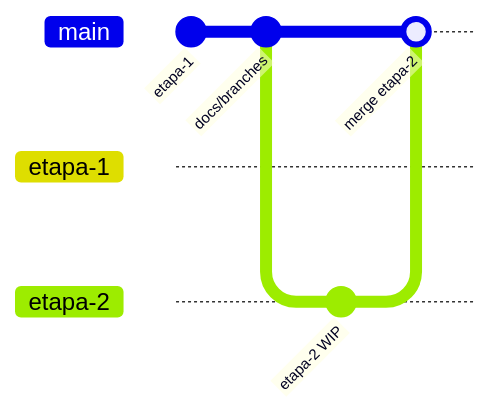
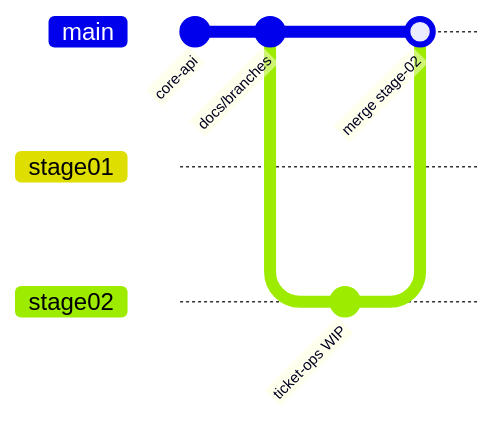
One commit to Victorks4/Bold-Support changed the diagram in docs/entregas.md. Above: the diagram before and after it, drawn with Mermaid. The commit also changed other lines of this file and 2 other files, not shown here.

First line of the commit message:
refactor: renomear branches para padrao stage/NN-descricao

````diff
--- a/docs/entregas.md
+++ b/docs/entregas.md
@@ -17,12 +21,12 @@
 ```mermaid
 gitGraph
-  commit id: "etapa-1"
-  branch etapa-1
+  commit id: "core-api"
+  branch stage01
   checkout main
   commit id: "docs/branches"
-  branch etapa-2
-  checkout etapa-2
-  commit id: "etapa-2 WIP"
+  branch stage02
+  checkout stage02
+  commit id: "ticket-ops WIP"
   checkout main
-  merge etapa-2 id: "merge etapa-2"
+  merge stage02 id: "merge stage-02"
 ```
````
